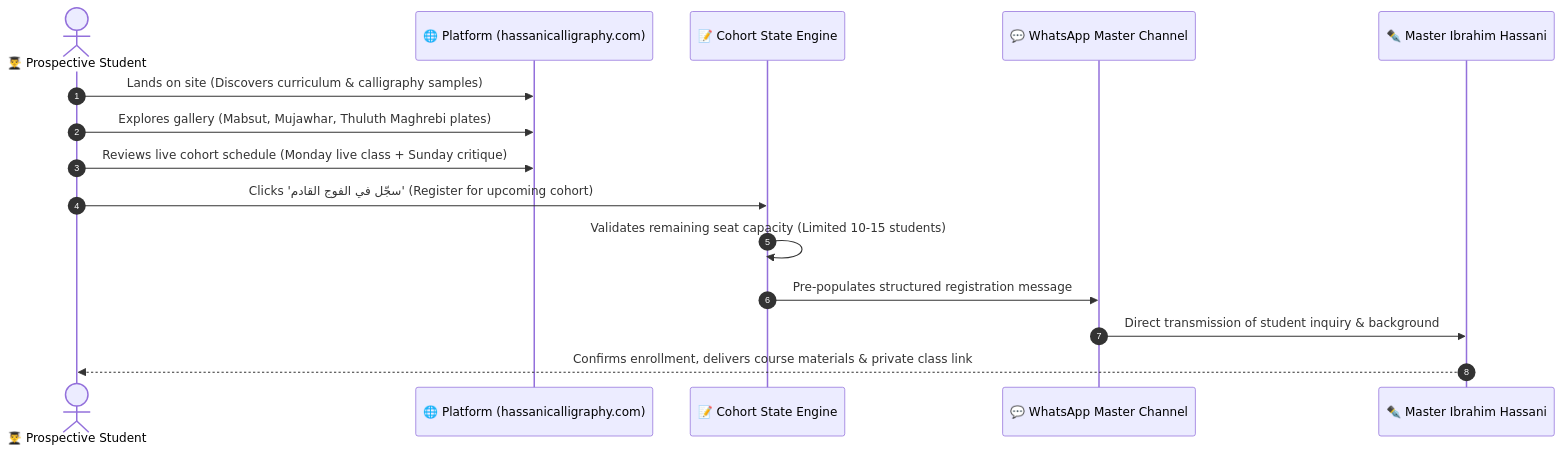
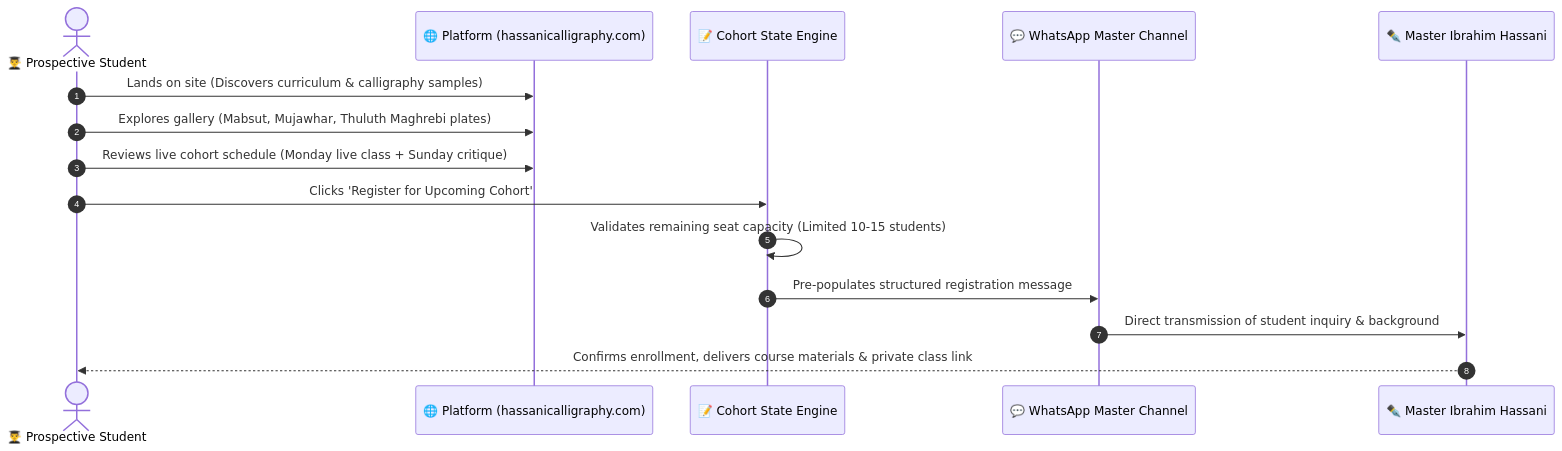
One commit to kmbenjel/hassanicalligraphy.com changed the second of 2 diagrams in README.md. Above: the diagram before and after it, drawn with Mermaid. The commit also changed other lines of this file, not shown here.

````diff
--- a/README.md
+++ b/README.md
@@ -77,18 +77,18 @@
 ```mermaid
 sequenceDiagram
     autonumber
     actor S as 👨‍🎓 Prospective Student
     participant W as 🌐 Platform (hassanicalligraphy.com)
     participant C as 📝 Cohort State Engine
     participant WA as 💬 WhatsApp Master Channel
     participant M as ✒️ Master Ibrahim Hassani
 
     S->>W: Lands on site (Discovers curriculum & calligraphy samples)
     S->>W: Explores gallery (Mabsut, Mujawhar, Thuluth Maghrebi plates)
     S->>W: Reviews live cohort schedule (Monday live class + Sunday critique)
-    S->>C: Clicks 'سجّل في الفوج القادم' (Register for upcoming cohort)
+    S->>C: Clicks 'Register for Upcoming Cohort'
     C->>C: Validates remaining seat capacity (Limited 10-15 students)
     C->>WA: Pre-populates structured registration message
     WA->>M: Direct transmission of student inquiry & background
     M-->>S: Confirms enrollment, delivers course materials & private class link
 ```
````
